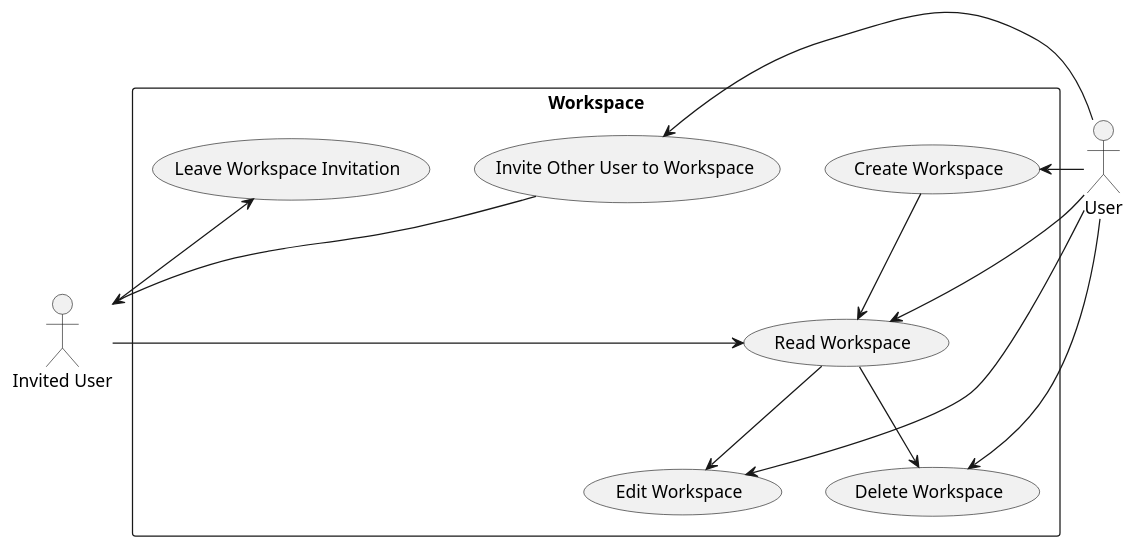
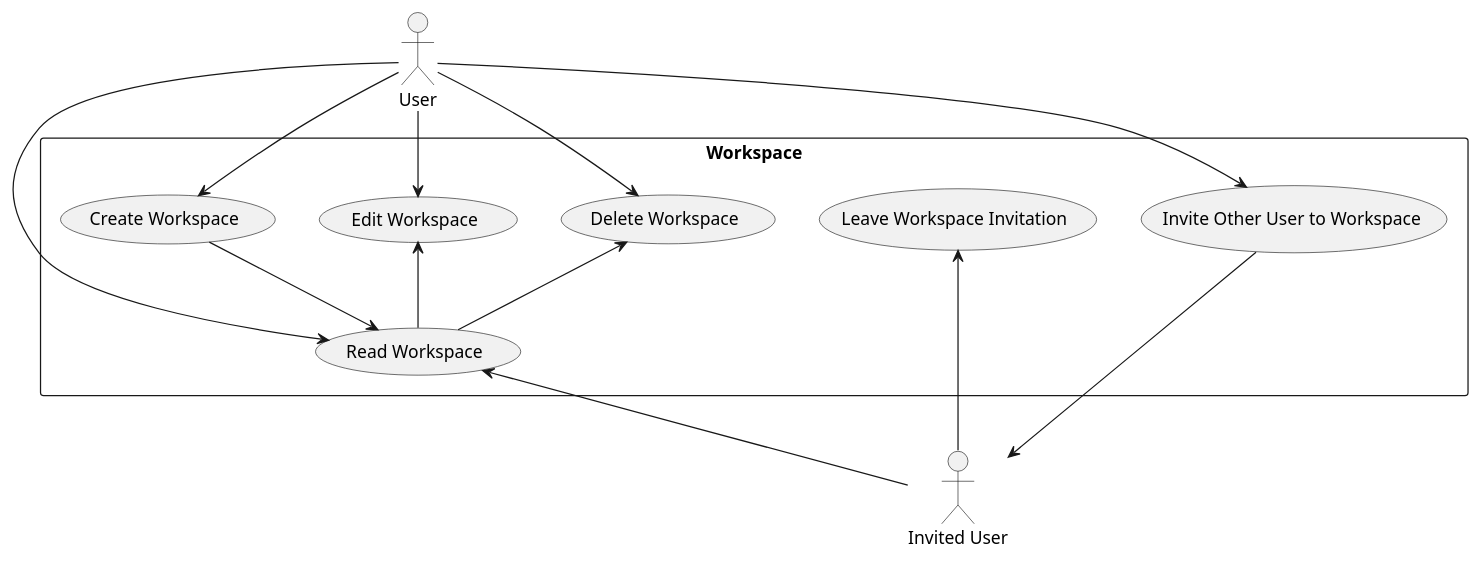
The diagram in docs/usecase_diagram/workspace.puml (davidimannuel/uwika_task_tracker), drawn with PlantUML before and after one commit. The commit also changed 12 other files, not shown here.

```diff
--- a/docs/usecase_diagram/workspace.puml
+++ b/docs/usecase_diagram/workspace.puml
@@ -1,21 +1,21 @@
 @startuml workspace
 
 actor User
 actor "Invited User" as InvitedUser
 
 rectangle "Workspace" {
-  User -right-> (Create Workspace)
-  User -right-> (Read Workspace)
-  User -right-> (Edit Workspace)
-  User -right-> (Delete Workspace)
-  User -right-> (Invite Other User to Workspace)
-  InvitedUser -right-> (Read Workspace)
-  InvitedUser -right-> (Leave Workspace Invitation)
+  User -down-> (Create Workspace)
+  User -down-> (Read Workspace)
+  User -down-> (Edit Workspace)
+  User -down-> (Delete Workspace)
+  User -down-> (Invite Other User to Workspace)
+  InvitedUser -up-> (Read Workspace)
+  InvitedUser -up-> (Leave Workspace Invitation)
   
   (Create Workspace) --> (Read Workspace)
-  (Read Workspace) --> (Edit Workspace)
-  (Read Workspace) --> (Delete Workspace)
+  (Read Workspace) -up-> (Edit Workspace)
+  (Read Workspace) -up-> (Delete Workspace)
   (Invite Other User to Workspace) --> InvitedUser
 }
 
 @enduml
```
